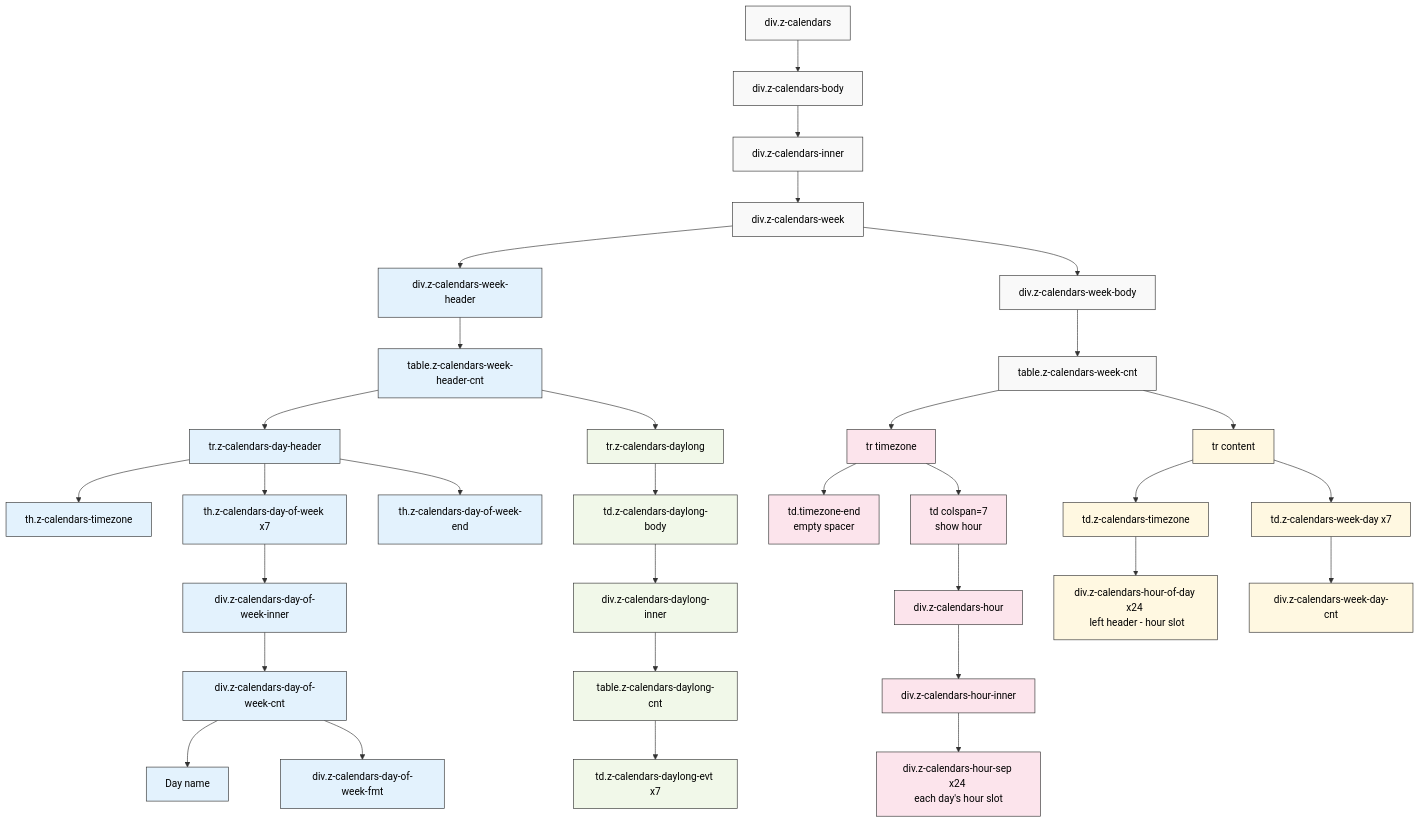
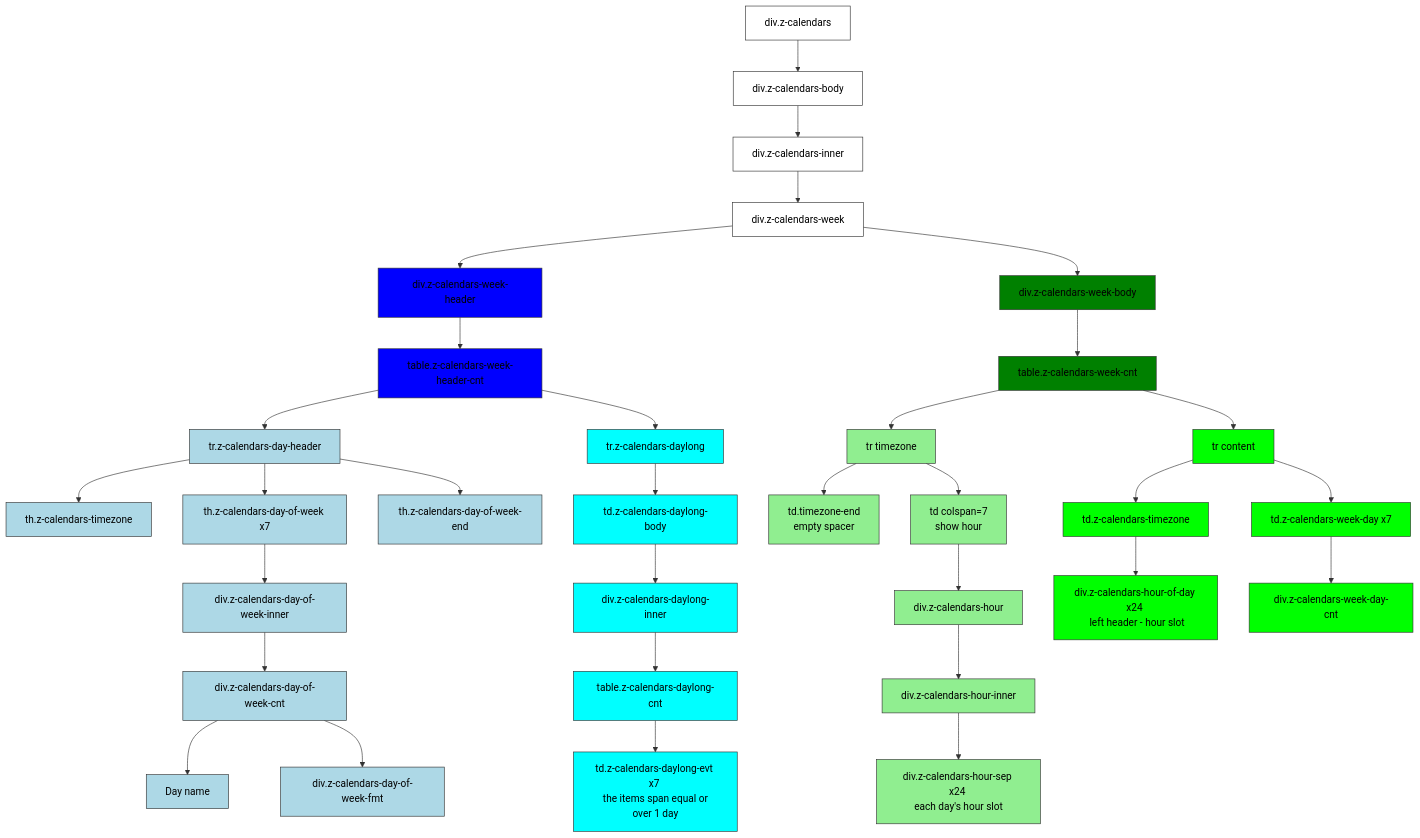
One commit to zkoss/zkcalendar changed the diagram in calendar/DomStructure.mmd. Above: the diagram before and after it, drawn with Mermaid. The commit also changed 3 other files, not shown here.

```diff
--- a/calendar/DomStructure.mmd
+++ b/calendar/DomStructure.mmd
@@ -1,53 +1,57 @@
 graph TD
     A[div.z-calendars] --> B[div.z-calendars-body]
     B --> C[div.z-calendars-inner]
     C --> D[div.z-calendars-week]
 
     D --> E[div.z-calendars-week-header]
     D --> F[div.z-calendars-week-body]
 
     E --> G[table.z-calendars-week-header-cnt]
     G --> H[tr.z-calendars-day-header]
     G --> I[tr.z-calendars-daylong]
 
     H --> H1[th.z-calendars-timezone]
     H --> H2[th.z-calendars-day-of-week x7]
     H --> H3[th.z-calendars-day-of-week-end]
 
     H2 --> H2A[div.z-calendars-day-of-week-inner]
     H2A --> H2B[div.z-calendars-day-of-week-cnt]
     H2B --> H2C[Day name]
     H2B --> H2D[div.z-calendars-day-of-week-fmt]
 
     I --> I1[td.z-calendars-daylong-body]
     I1 --> I2[div.z-calendars-daylong-inner]
     I2 --> I3[table.z-calendars-daylong-cnt]
-    I3 --> I4[td.z-calendars-daylong-evt x7]
+    I3 --> I4[td.z-calendars-daylong-evt x7 <br> the items span equal or over 1 day]
 
     F --> J[table.z-calendars-week-cnt]
     J --> K[tr timezone]
     J --> L[tr content]
 
     K --> K1[td.timezone-end <br/>empty spacer]
     K --> K2[td colspan=7  <br/> show hour]
     K2 --> K3[div.z-calendars-hour]
     K3 --> K4[div.z-calendars-hour-inner]
     K4 --> K5[div.z-calendars-hour-sep x24 <br/>each day's hour slot ]
 
     L --> L1[td.z-calendars-timezone]
     L1 --> L2[div.z-calendars-hour-of-day x24 <br/> left header - hour slot]
 
     L --> L3[td.z-calendars-week-day x7]
     L3 --> L4[div.z-calendars-week-day-cnt]
 
-    classDef default fill:#f9f9f9,stroke:#333,stroke-width:1px,color:black;
-    classDef header fill:#E3F2FD,stroke:#333,stroke-width:1px;
-    classDef daylong fill:#F1F8E9,stroke:#333,stroke-width:1px;
-    classDef hourGrid fill:#FCE4EC,stroke:#333,stroke-width:1px;
-    classDef content fill:#FFF8E1,stroke:#333,stroke-width:1px;
+    classDef default fill:white,stroke:#333,stroke-width:1px,color:black;
+    classDef weekHeader fill:blue,stroke:#333,stroke-width:1px;
+    classDef header fill:lightblue,stroke:#333,stroke-width:1px;
+    classDef daylong fill:Aqua,stroke:#333,stroke-width:1px;
+    classDef hourGrid fill:lightgreen,stroke:#333,stroke-width:1px;
+    classDef week fill:green;
+    classDef content fill:lime,stroke:#333,stroke-width:1px;
 
     class A,B,C,D default;
-    class E,G,H,H1,H2,H3,H2A,H2B,H2C,H2D header;
+    class E,G weekHeader;
+    class H,H1,H2,H3,H2A,H2B,H2C,H2D header;
     class I,I1,I2,I3,I4 daylong;
     class K,K1,K2,K3,K4,K5 hourGrid;
+    class F,J week;
     class L,L1,L2,L3,L4 content;
```
